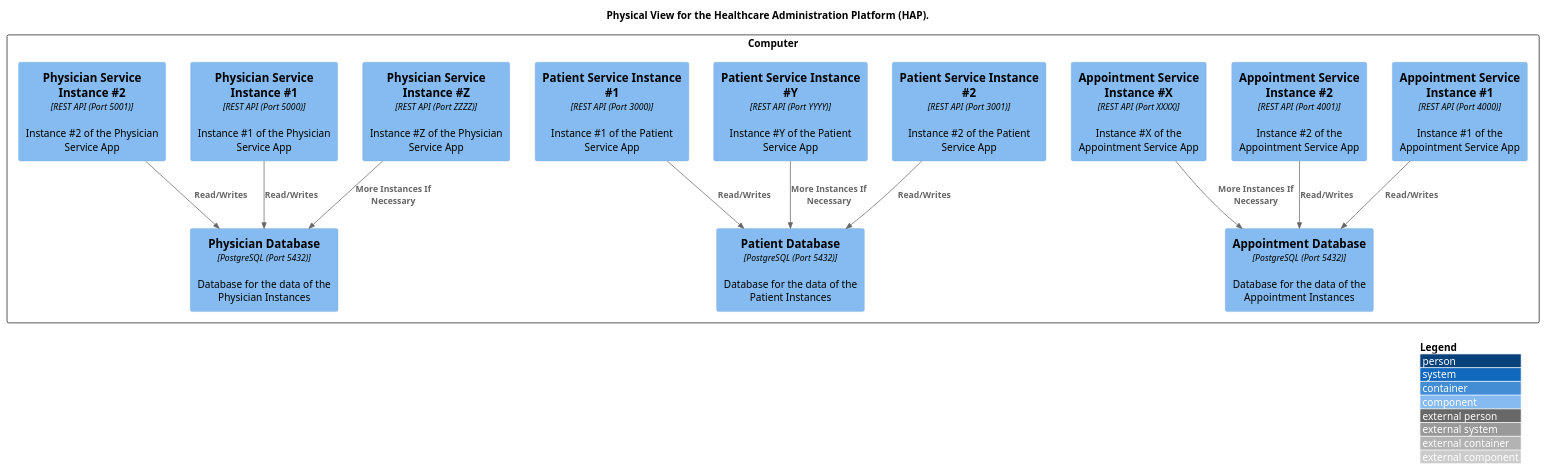
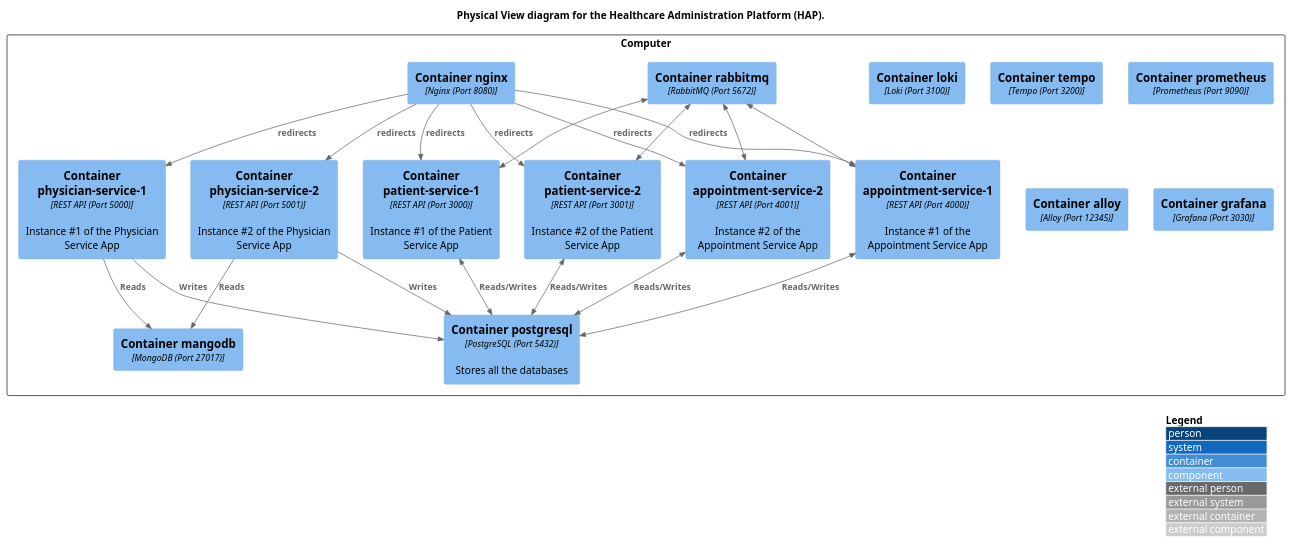
The diagram in docs/C4+1/PhysicalView.puml (vitorbarbosa1221412/SIDIS-3DB-G02), drawn with PlantUML before and after one commit. The commit also changed 14 other files, not shown here.

```diff
--- a/docs/C4+1/PhysicalView.puml
+++ b/docs/C4+1/PhysicalView.puml
@@ -1,34 +1,47 @@
 @startuml PhysicalView
 !include https://raw.githubusercontent.com/plantuml-stdlib/C4-PlantUML/master/C4_Component.puml
+LAYOUT_WITH_LEGEND()
 
-LAYOUT_WITH_LEGEND()
-title Physical View for the Healthcare Administration Platform (HAP).
+title Physical View diagram for the Healthcare Administration Platform (HAP).
 
 rectangle "Computer" as computer {
-    Component(appSer1, "Appointment Service Instance #1", "REST API (Port 4000)", "Instance #1 of the Appointment Service App")
-    Component(appSer2, "Appointment Service Instance #2", "REST API (Port 4001)", "Instance #2 of the Appointment Service App")
-    Component(paSer1, "Patient Service Instance #1", "REST API (Port 3000)", "Instance #1 of the Patient Service App")
-    Component(paSer2, "Patient Service Instance #2", "REST API (Port 3001)", "Instance #2 of the Patient Service App")
-    Component(phSer1, "Physician Service Instance #1", "REST API (Port 5000)", "Instance #1 of the Physician Service App")
-    Component(phSer2, "Physician Service Instance #2", "REST API (Port 5001)", "Instance #2 of the Physician Service App")
-    Component(appSerX, "Appointment Service Instance #X", "REST API (Port XXXX)", "Instance #X of the Appointment Service App")
-    Component(paSerY, "Patient Service Instance #Y", "REST API (Port YYYY)", "Instance #Y of the Patient Service App")
-    Component(phSerZ, "Physician Service Instance #Z", "REST API (Port ZZZZ)", "Instance #Z of the Physician Service App")
+    Component(appSer1, "Container appointment-service-1", "REST API (Port 4000)", "Instance #1 of the Appointment Service App")
+    Component(appSer2, "Container appointment-service-2", "REST API (Port 4001)", "Instance #2 of the Appointment Service App")
+    Component(paSer1, "Container patient-service-1", "REST API (Port 3000)", "Instance #1 of the Patient Service App")
+    Component(paSer2, "Container patient-service-2", "REST API (Port 3001)", "Instance #2 of the Patient Service App")
+    Component(phSer1, "Container physician-service-1", "REST API (Port 5000)", "Instance #1 of the Physician Service App")
+    Component(phSer2, "Container physician-service-2", "REST API (Port 5001)", "Instance #2 of the Physician Service App")
+    Component(rabbitmq, "Container rabbitmq", "RabbitMQ (Port 5672)", "")
+    Component(postgresql, "Container postgresql", "PostgreSQL (Port 5432)", "Stores all the databases")
+    Component(mangodb, "Container mangodb", "MongoDB (Port 27017)", "")
+    Component(nginx, "Container nginx", "Nginx (Port 8080)", "")
+    Component(loki, "Container loki", "Loki (Port 3100)", "")
+    Component(tempo, "Container tempo", "Tempo (Port 3200)", "")
+    Component(prometheus, "Container prometheus", "Prometheus (Port 9090)", "")
+    Component(alloy, "Container alloy", "Alloy (Port 12345)", "")
+    Component(grafana, "Container grafana", "Grafana (Port 3030)", "")
 
+    BiRel(appSer1, postgresql, "Reads/Writes")
+    BiRel(appSer2, postgresql, "Reads/Writes")
+    BiRel(paSer1, postgresql, "Reads/Writes")
+    BiRel(paSer2, postgresql, "Reads/Writes")
+    Rel(phSer1, postgresql, "Writes")
+    Rel(phSer2, postgresql, "Writes")
 
-    Component(dbApp, "Appointment Database", "PostgreSQL (Port 5432)", "Database for the data of the Appointment Instances")
-    Component(dbPa, "Patient Database", "PostgreSQL (Port 5432)", "Database for the data of the Patient Instances")
-    Component(dbPh, "Physician Database", "PostgreSQL (Port 5432)", "Database for the data of the Physician Instances")
+    Rel(phSer1, mangodb, "Reads")
+    Rel(phSer2, mangodb, "Reads")
 
-    Rel(appSer1, dbApp, "Read/Writes")
-    Rel(appSer2, dbApp, "Read/Writes")
-    Rel(appSerX, dbApp, "More Instances If Necessary")
-    Rel(paSer1, dbPa, "Read/Writes")
-    Rel(paSer2, dbPa, "Read/Writes")
-    Rel(paSerY, dbPa, "More Instances If Necessary")
-    Rel(phSer1, dbPh, "Read/Writes")
-    Rel(phSer2, dbPh, "Read/Writes")
-    Rel(phSerZ, dbPh, "More Instances If Necessary")
+    Rel(nginx, appSer1, "redirects")
+    Rel(nginx, appSer2, "redirects")
+    Rel(nginx, paSer1, "redirects")
+    Rel(nginx, paSer2, "redirects")
+    Rel(nginx, phSer1, "redirects")
+    Rel(nginx, phSer2, "redirects")
+
+    BiRel(rabbitmq, appSer1, "")
+    BiRel(rabbitmq, appSer2, "")
+    BiRel(rabbitmq, paSer1, "")
+    BiRel(rabbitmq, paSer2, "")
 }
 
 @enduml
```
